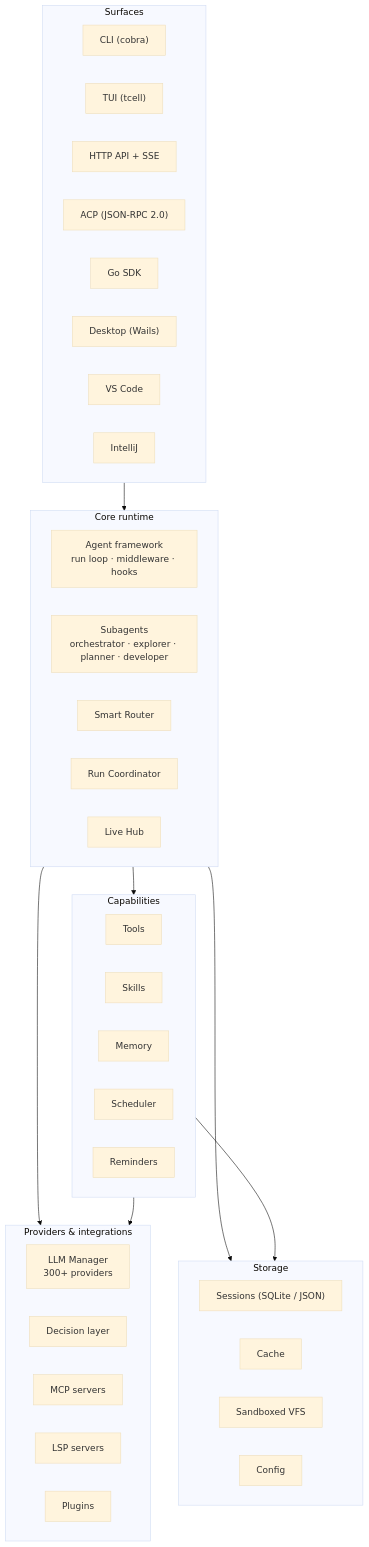
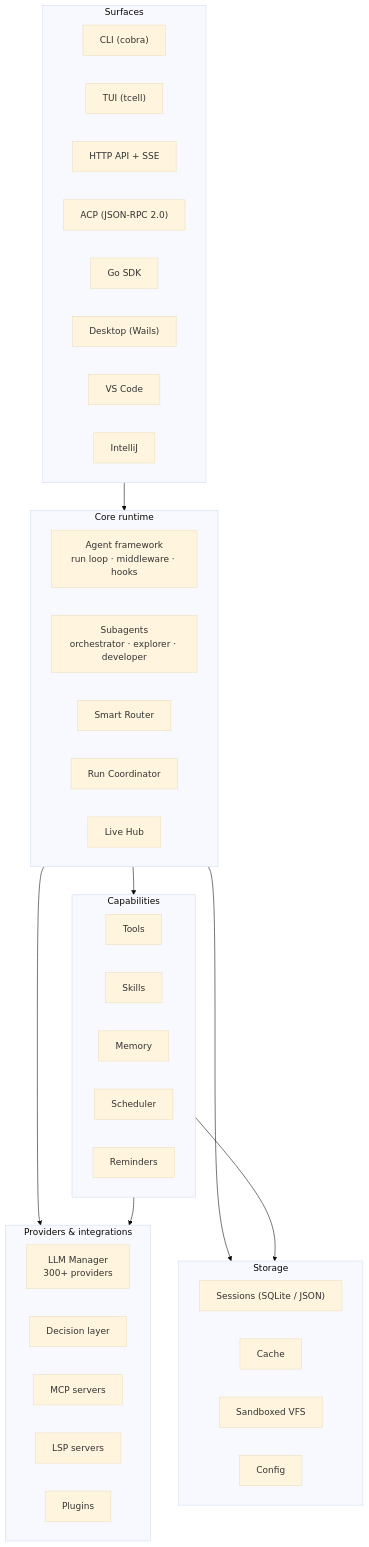
One commit to peggco/pegg changed the second of 12 diagrams in docs/pegg/architecture.md. Above: the diagram before and after it, drawn with Mermaid (base theme). The commit also changed other lines of this file and 25 other files, not shown here.

````diff
--- a/docs/pegg/architecture.md
+++ b/docs/pegg/architecture.md
@@ -164,51 +164,51 @@
 ```mermaid
 flowchart TB
     subgraph Surfaces["Surfaces"]
         CLI["CLI (cobra)"]
         TUI["TUI (tcell)"]
         HTTP["HTTP API + SSE"]
         ACP["ACP (JSON-RPC 2.0)"]
         SDK["Go SDK"]
         Desktop["Desktop (Wails)"]
         VSCode["VS Code"]
         IntelliJ["IntelliJ"]
     end
 
     subgraph Runtime["Core runtime"]
         Agent["Agent framework<br/>run loop · middleware · hooks"]
-        Subagents["Subagents<br/>orchestrator · explorer · planner · developer"]
+        Subagents["Subagents<br/>orchestrator · explorer · developer"]
         Router["Smart Router"]
         RunCoord["Run Coordinator"]
         LiveHub["Live Hub"]
     end
 
     subgraph Capabilities["Capabilities"]
         Tools["Tools"]
         Skills["Skills"]
         Memory["Memory"]
         Scheduler["Scheduler"]
         Reminders["Reminders"]
     end
 
     subgraph Providers["Providers & integrations"]
         LLM["LLM Manager<br/>300+ providers"]
         Decision["Decision layer"]
         MCP["MCP servers"]
         LSP["LSP servers"]
         Plugins["Plugins"]
     end
 
     subgraph Storage["Storage"]
         Sessions["Sessions (SQLite / JSON)"]
         Cache["Cache"]
         VFS["Sandboxed VFS"]
         Config["Config"]
     end
 
     Surfaces --> Runtime
     Runtime --> Capabilities
     Runtime --> Providers
     Runtime --> Storage
     Capabilities --> Providers
     Capabilities --> Storage
 ```
````
